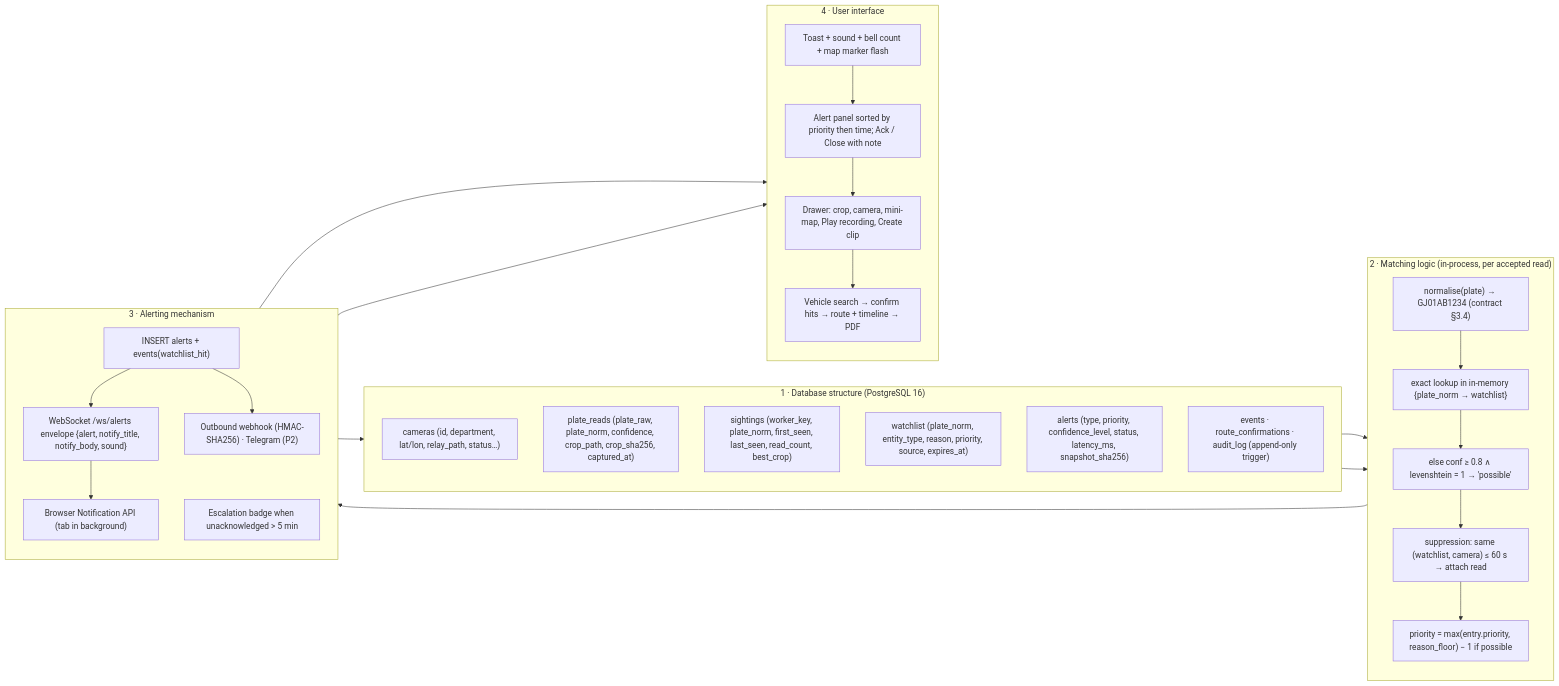
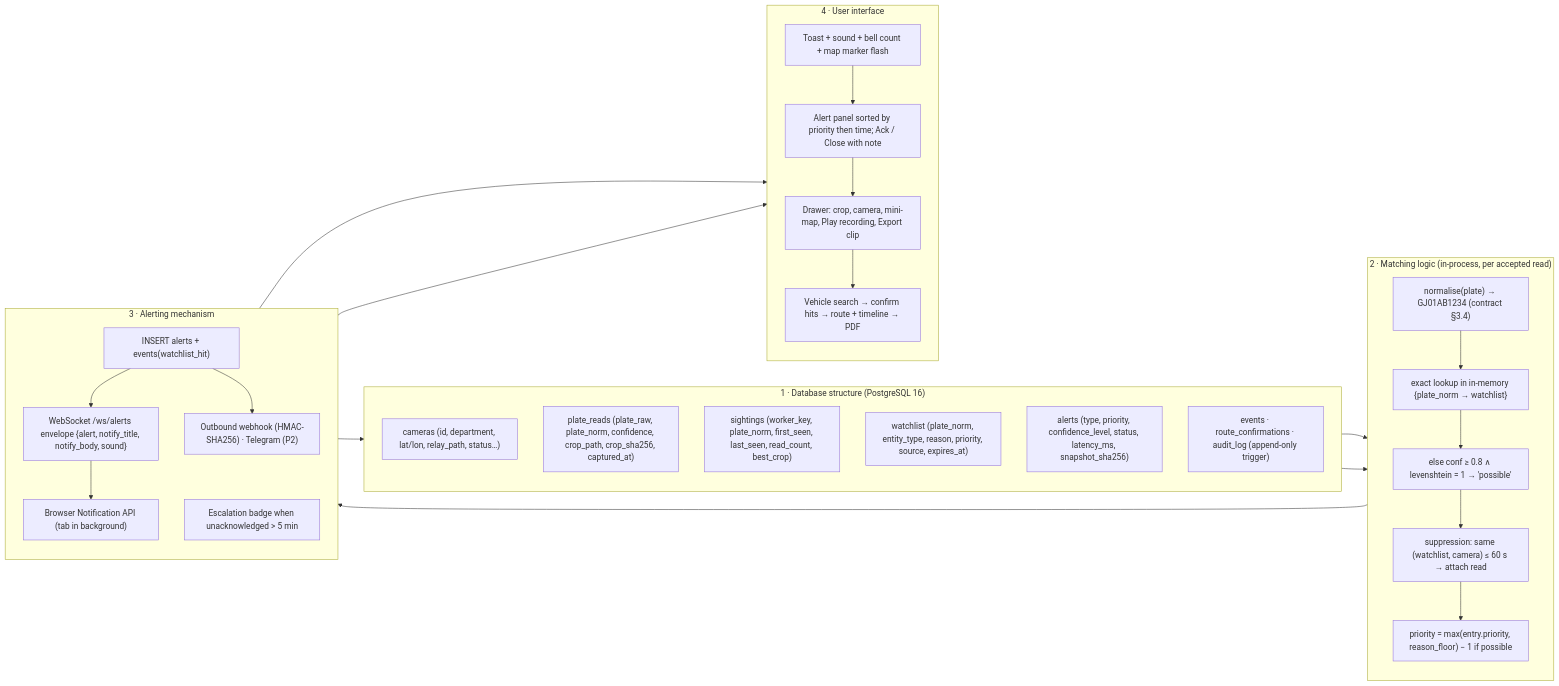
One commit to manishsoni123/Gujrat-police-hackathon changed the sixth of 9 diagrams in docs/HLD.md. Above: the diagram before and after it, drawn with Mermaid. The commit also changed other lines of this file and 181 other files, not shown here.

````diff
--- a/docs/HLD.md
+++ b/docs/HLD.md
@@ -429,44 +444,44 @@
 ```mermaid
 flowchart LR
   subgraph DBX["1 · Database structure (PostgreSQL 16)"]
     direction TB
     D1["cameras (id, department, lat/lon, relay_path, status…)"]
     D2["plate_reads (plate_raw, plate_norm, confidence, crop_path, crop_sha256, captured_at)"]
     D3["sightings (worker_key, plate_norm, first_seen, last_seen, read_count, best_crop)"]
     D4["watchlist (plate_norm, entity_type, reason, priority, source, expires_at)"]
     D5["alerts (type, priority, confidence_level, status, latency_ms, snapshot_sha256)"]
     D6["events · route_confirmations · audit_log (append-only trigger)"]
   end
   subgraph ML["2 · Matching logic (in-process, per accepted read)"]
     direction TB
     M1["normalise(plate) → GJ01AB1234 (contract §3.4)"]
     M2["exact lookup in in-memory {plate_norm → watchlist}"]
     M3["else conf ≥ 0.8 ∧ levenshtein = 1 → 'possible'"]
     M4["suppression: same (watchlist, camera) ≤ 60 s → attach read"]
     M5["priority = max(entry.priority, reason_floor) − 1 if possible"]
   end
   subgraph AL["3 · Alerting mechanism"]
     direction TB
     A1["INSERT alerts + events(watchlist_hit)"]
     A2["WebSocket /ws/alerts envelope {alert, notify_title, notify_body, sound}"]
     A3["Browser Notification API (tab in background)"]
     A4["Outbound webhook (HMAC-SHA256) · Telegram (P2)"]
     A5["Escalation badge when unacknowledged > 5 min"]
   end
   subgraph UIX["4 · User interface"]
     direction TB
     U1["Toast + sound + bell count + map marker flash"]
     U2["Alert panel sorted by priority then time; Ack / Close with note"]
-    U3["Drawer: crop, camera, mini-map, Play recording, Create clip"]
+    U3["Drawer: crop, camera, mini-map, Play recording, Export clip"]
     U4["Vehicle search → confirm hits → route + timeline → PDF"]
   end
   D2 --> M1
   D4 --> M2
   M1 --> M2 --> M3 --> M4 --> M5 --> A1
   A1 --> D5
   A1 --> A2 --> U1
   A2 --> A3
   A1 --> A4
   A5 --> U2
   U1 --> U2 --> U3 --> U4
 ```
````
